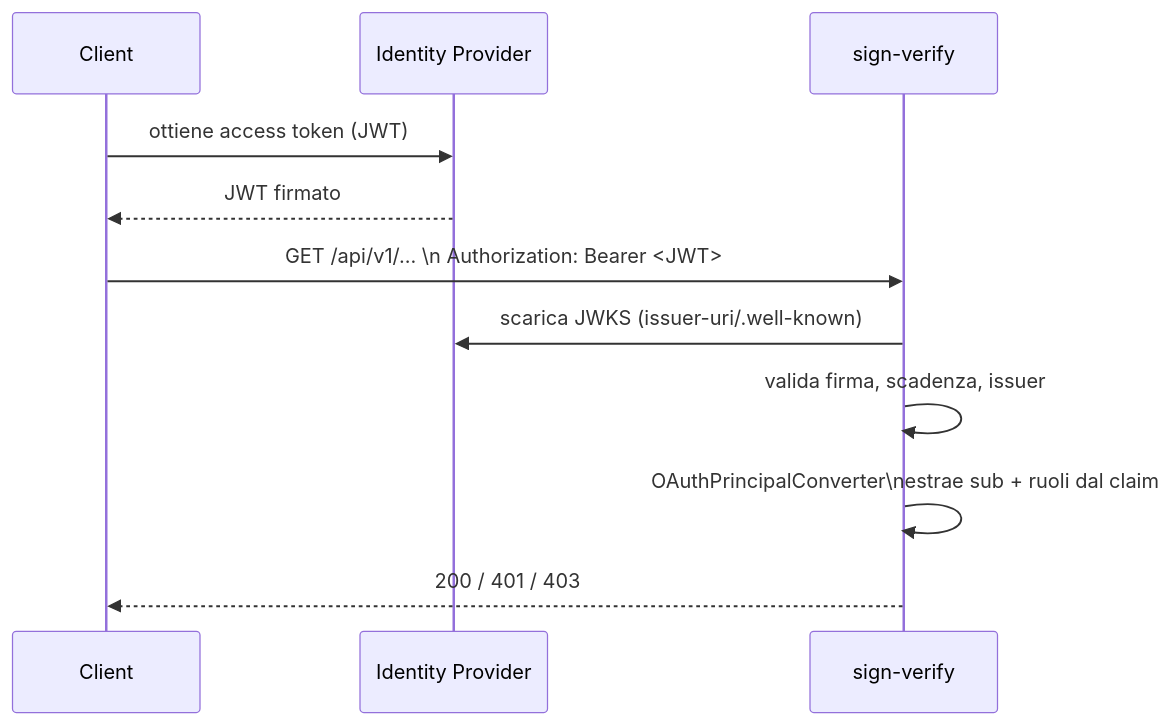
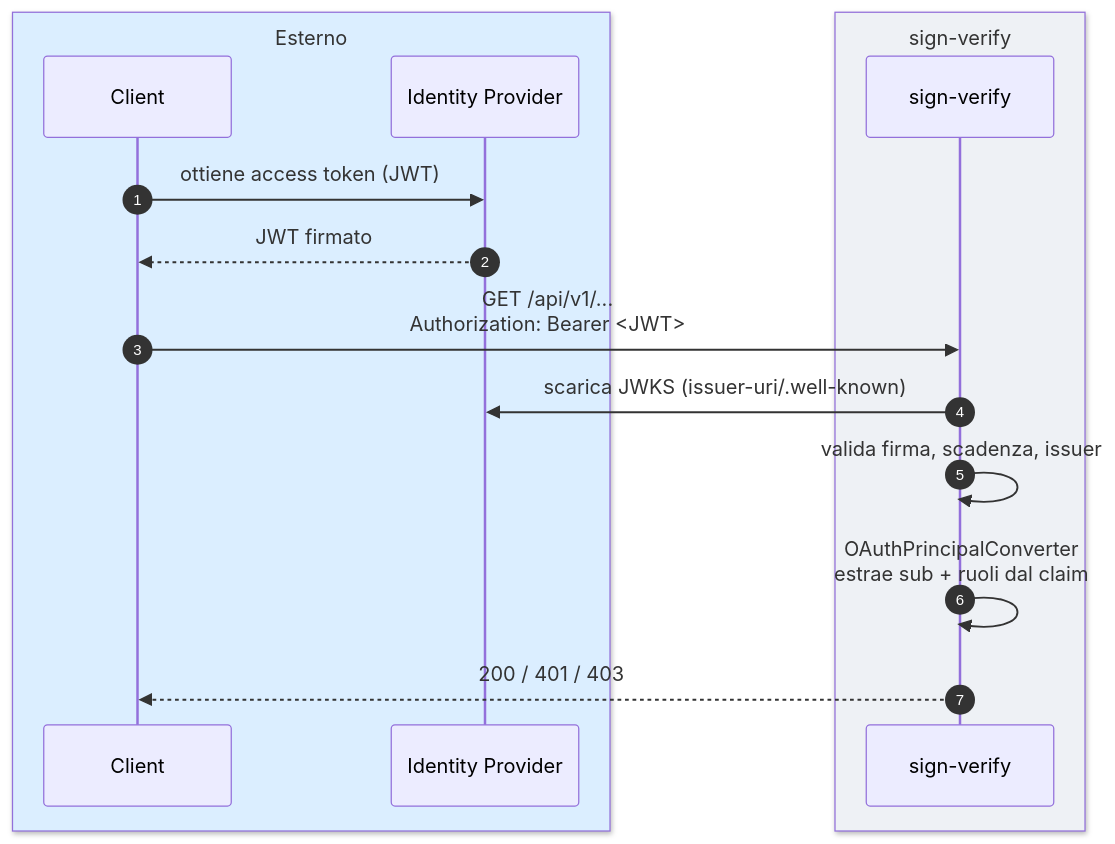
One commit to toresoft/sign-verify changed the second of 2 diagrams in docs/it/03-autenticazione.md. Above: the diagram before and after it, drawn with Mermaid. The commit also changed other lines of this file and 23 other files, not shown here.

First line of the commit message:
docs: expand EN/IT guides with glossary and component-map diagram

````diff
--- a/docs/it/03-autenticazione.md
+++ b/docs/it/03-autenticazione.md
@@ -191,13 +210,18 @@
 ```mermaid
 sequenceDiagram
+    autonumber
+    box rgb(219,238,255) Esterno
     participant C as Client
     participant IdP as Identity Provider
+    end
+    box rgb(238,241,245) sign-verify
     participant S as sign-verify
+    end
     C->>IdP: ottiene access token (JWT)
     IdP-->>C: JWT firmato
-    C->>S: GET /api/v1/... \n Authorization: Bearer <JWT>
+    C->>S: GET /api/v1/...<br/>Authorization: Bearer <JWT>
     S->>IdP: scarica JWKS (issuer-uri/.well-known)
     S->>S: valida firma, scadenza, issuer
-    S->>S: OAuthPrincipalConverter\nestrae sub + ruoli dal claim
+    S->>S: OAuthPrincipalConverter<br/>estrae sub + ruoli dal claim
     S-->>C: 200 / 401 / 403
 ```
````
